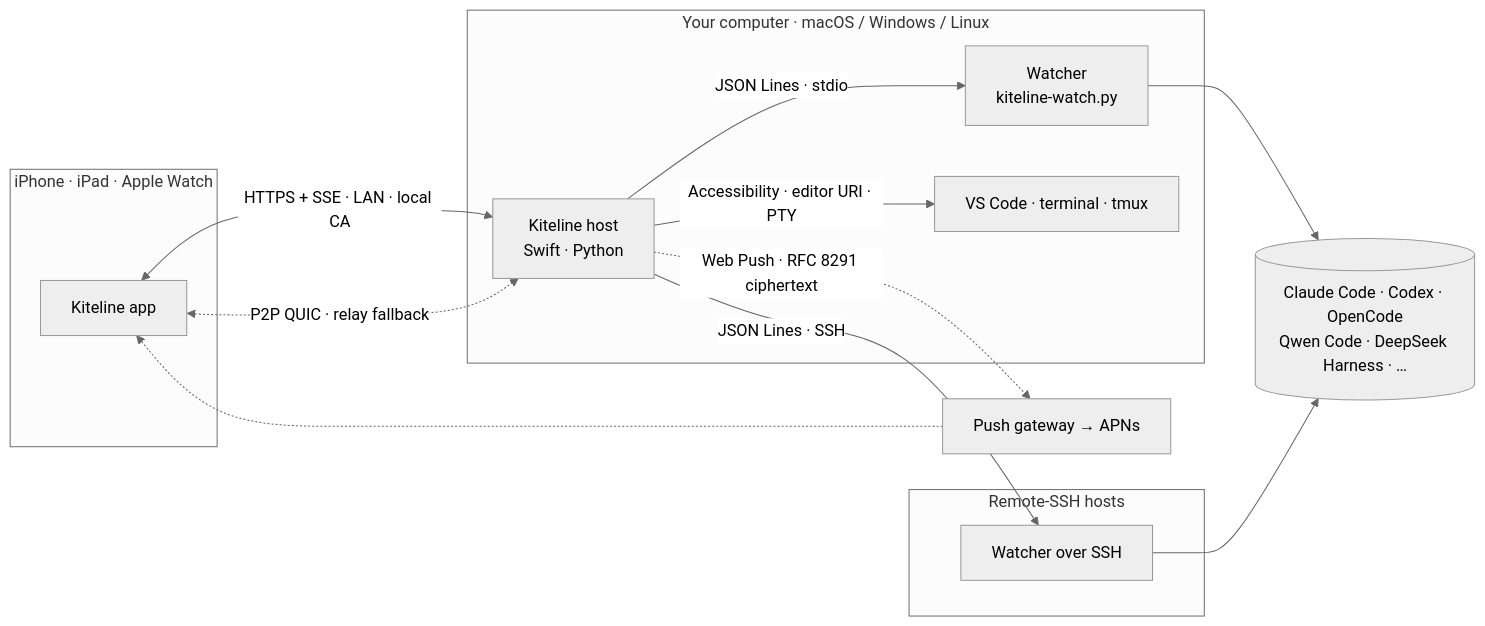
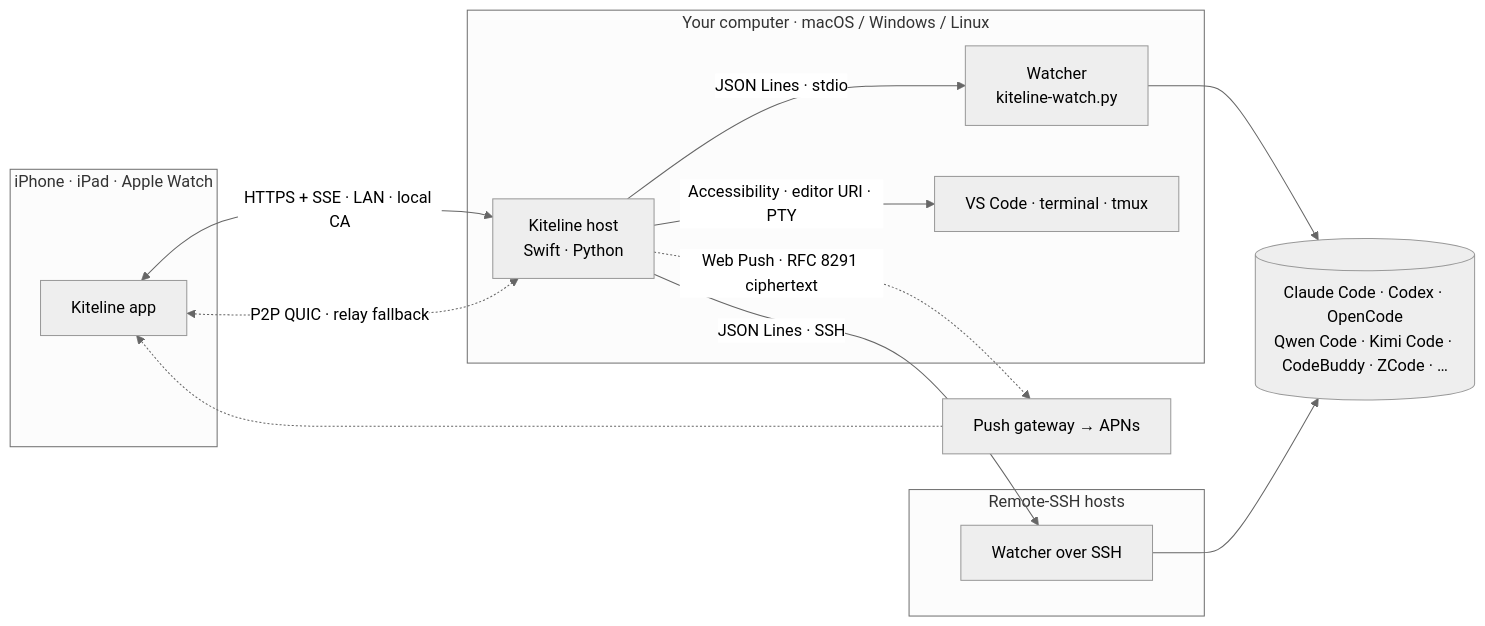
One commit to hon6/kiteline changed the diagram in README.md. Above: the diagram before and after it, drawn with Mermaid (neutral theme). The commit also changed other lines of this file and 1 other file, not shown here.

````diff
--- a/README.md
+++ b/README.md
@@ -153,25 +159,25 @@
 ```mermaid
 flowchart LR
     subgraph Devices["iPhone · iPad · Apple Watch"]
         APP["Kiteline app"]
     end
     subgraph Computer["Your computer · macOS / Windows / Linux"]
         HOST["Kiteline host<br/>Swift · Python"]
         WL["Watcher<br/>kiteline-watch.py"]
         UI["VS Code · terminal · tmux"]
     end
     subgraph Servers["Remote-SSH hosts"]
         WR["Watcher over SSH"]
     end
-    AG[("Claude Code · Codex · OpenCode<br/>Qwen Code · DeepSeek Harness · …")]
+    AG[("Claude Code · Codex · OpenCode<br/>Qwen Code · Kimi Code · CodeBuddy · ZCode · …")]
     PUSH["Push gateway → APNs"]
 
     APP <-- "HTTPS + SSE · LAN · local CA" --> HOST
     APP <-. "P2P QUIC · relay fallback" .-> HOST
     HOST -- "JSON Lines · stdio" --> WL
     HOST -- "JSON Lines · SSH" --> WR
     WL --> AG
     WR --> AG
     HOST -- "Accessibility · editor URI · PTY" --> UI
     HOST -. "Web Push · RFC 8291 ciphertext" .-> PUSH -.-> APP
 ```
````
